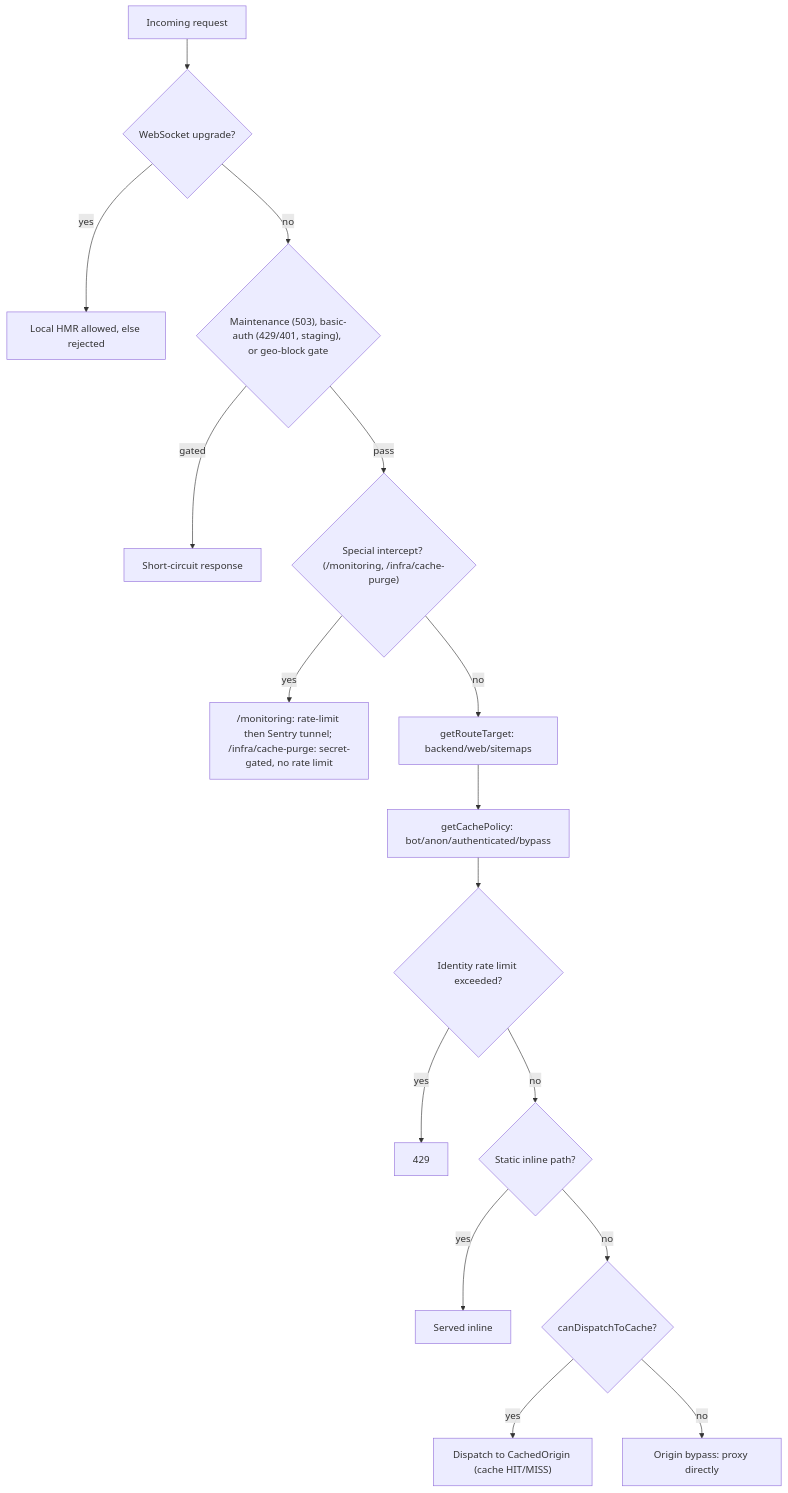
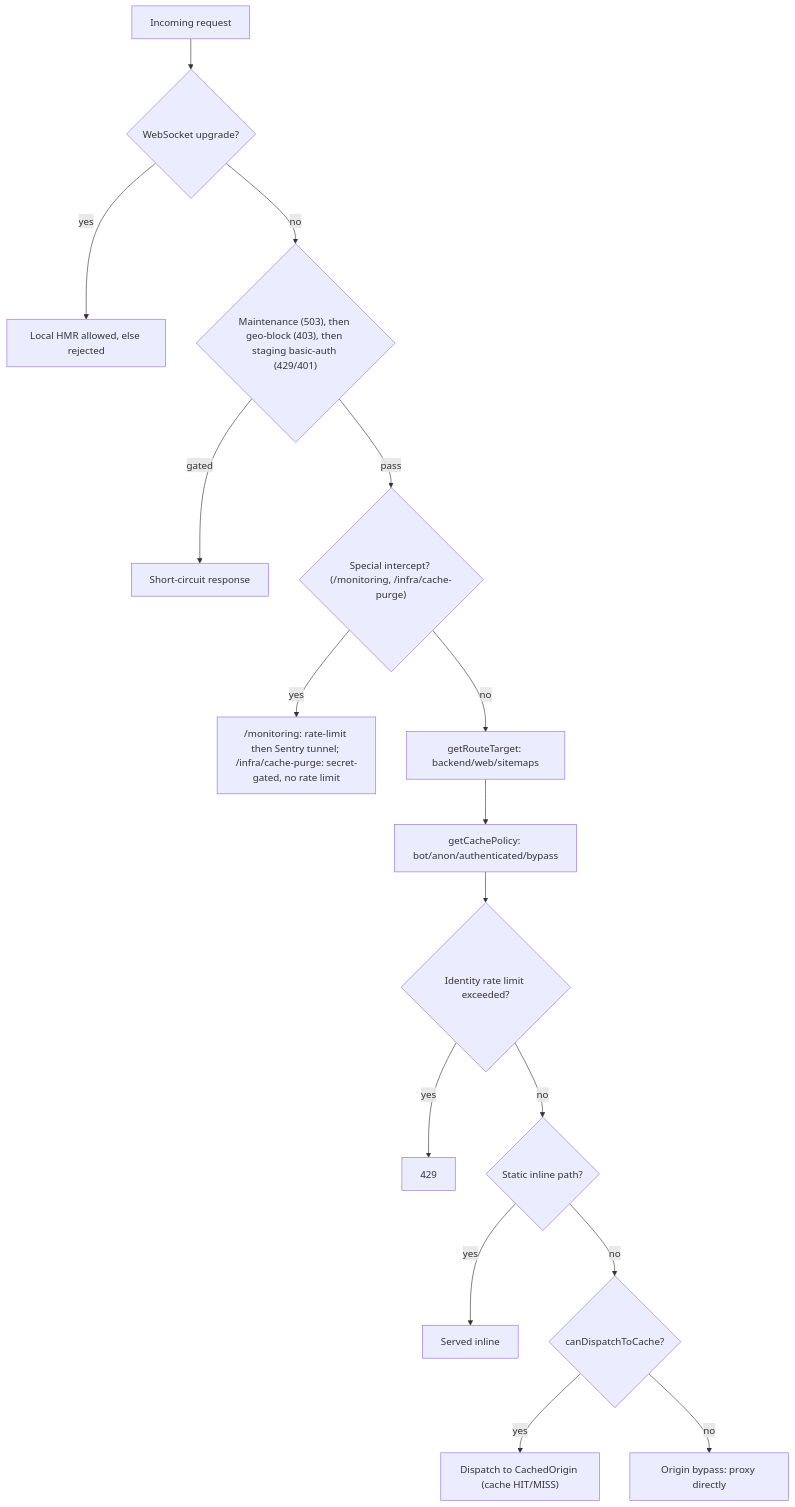
One commit to vouchington/vouchington changed the diagram in docs/overview/infrastructure/cloudflare-worker/reference-routing.md. Above: the diagram before and after it, drawn with Mermaid. The commit also changed 6 other files, not shown here.

First line of the commit message:
fix(worker): reject geo-blocked requests before staging basic auth

````diff
--- a/docs/overview/infrastructure/cloudflare-worker/reference-routing.md
+++ b/docs/overview/infrastructure/cloudflare-worker/reference-routing.md
@@ -32,18 +32,18 @@
 ```mermaid
 flowchart TD
     A[Incoming request] --> B{WebSocket upgrade?}
     B -- yes --> B1["Local HMR allowed, else rejected"]
-    B -- no --> C{"Maintenance (503), basic-auth (429/401, staging), or geo-block gate"}
+    B -- no --> C{"Maintenance (503), then geo-block (403), then staging basic-auth (429/401)"}
     C -- gated --> C1["Short-circuit response"]
     C -- pass --> D{"Special intercept? (/monitoring, /infra/cache-purge)"}
     D -- yes --> D1["/monitoring: rate-limit then Sentry tunnel; /infra/cache-purge: secret-gated, no rate limit"]
     D -- no --> E["getRouteTarget: backend/web/sitemaps"]
     E --> H["getCachePolicy: bot/anon/authenticated/bypass"]
     H --> F{"Identity rate limit exceeded?"}
     F -- yes --> F1["429"]
     F -- no --> G{"Static inline path?"}
     G -- yes --> G1["Served inline"]
     G -- no --> I{"canDispatchToCache?"}
     I -- yes --> J["Dispatch to CachedOrigin (cache HIT/MISS)"]
     I -- no --> K["Origin bypass: proxy directly"]
 ```
````
